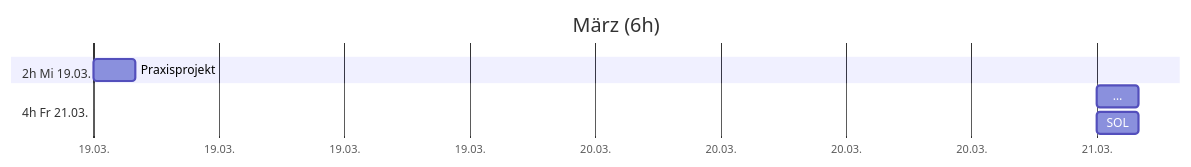
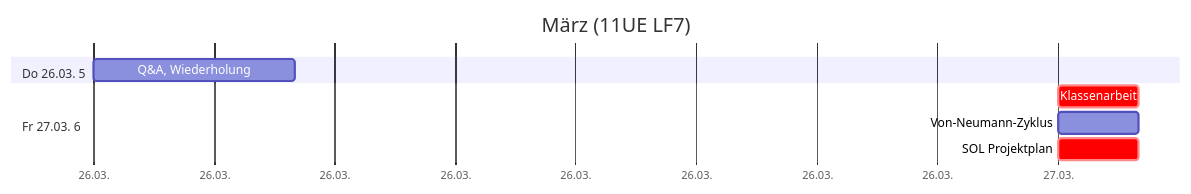
One commit to jonasnemeth/LF7 changed the fifth of 6 diagrams in src/plan.md. Above: the diagram before and after it, drawn with Mermaid. The commit also changed other lines of this file and 6 other files, not shown here.

````diff
--- a/src/plan.md
+++ b/src/plan.md
@@ -65,11 +85,12 @@
 ```mermaid
 gantt
- title März (6h)
+ title März (11UE LF7)
  dateFormat YYYY-MM-DD
  axisFormat %d.%m.
- section 2h Mi 19.03.
-  Praxisprojekt               :2025-03-19, 2h
- section 4h Fr 21.03.
-  …                           :2025-03-21, 2h
-  SOL                         :2025-03-21, 2h
+ section Do 26.03. 5
+  Q&A, Wiederholung             :2026-03-26, 5h
+ section Fr 27.03. 6
+  Klassenarbeit                 :crit, 2026-03-27, 2h
+  Von-Neumann-Zyklus            :2026-03-27, 2h
+  SOL Projektplan               :crit, 2026-03-27, 2h
 ```
````
